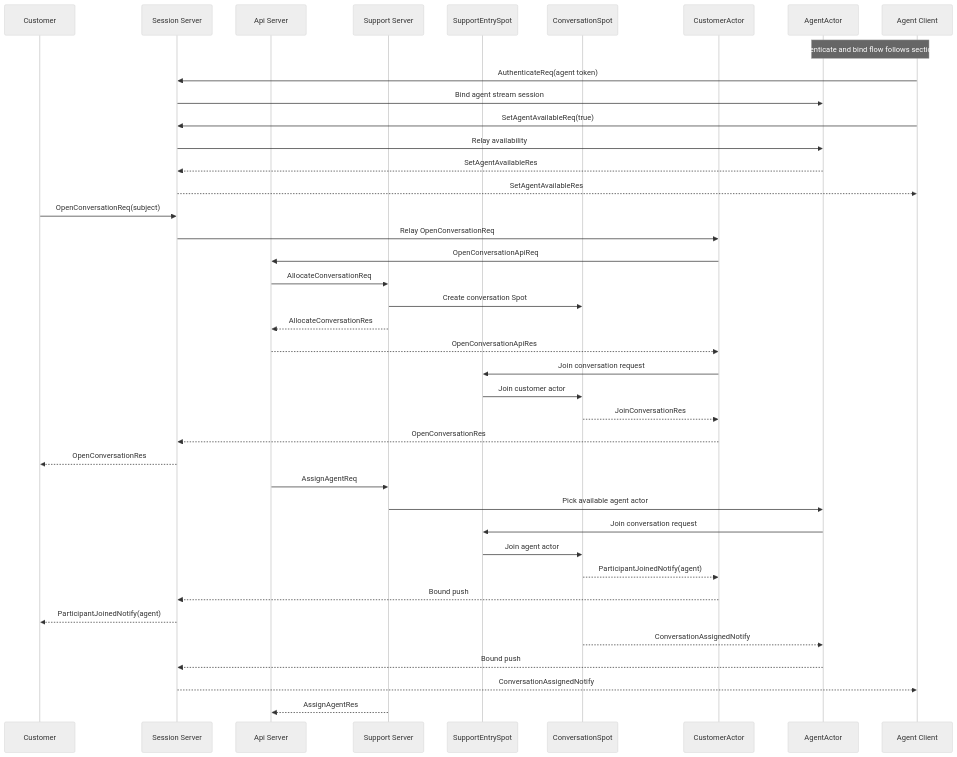
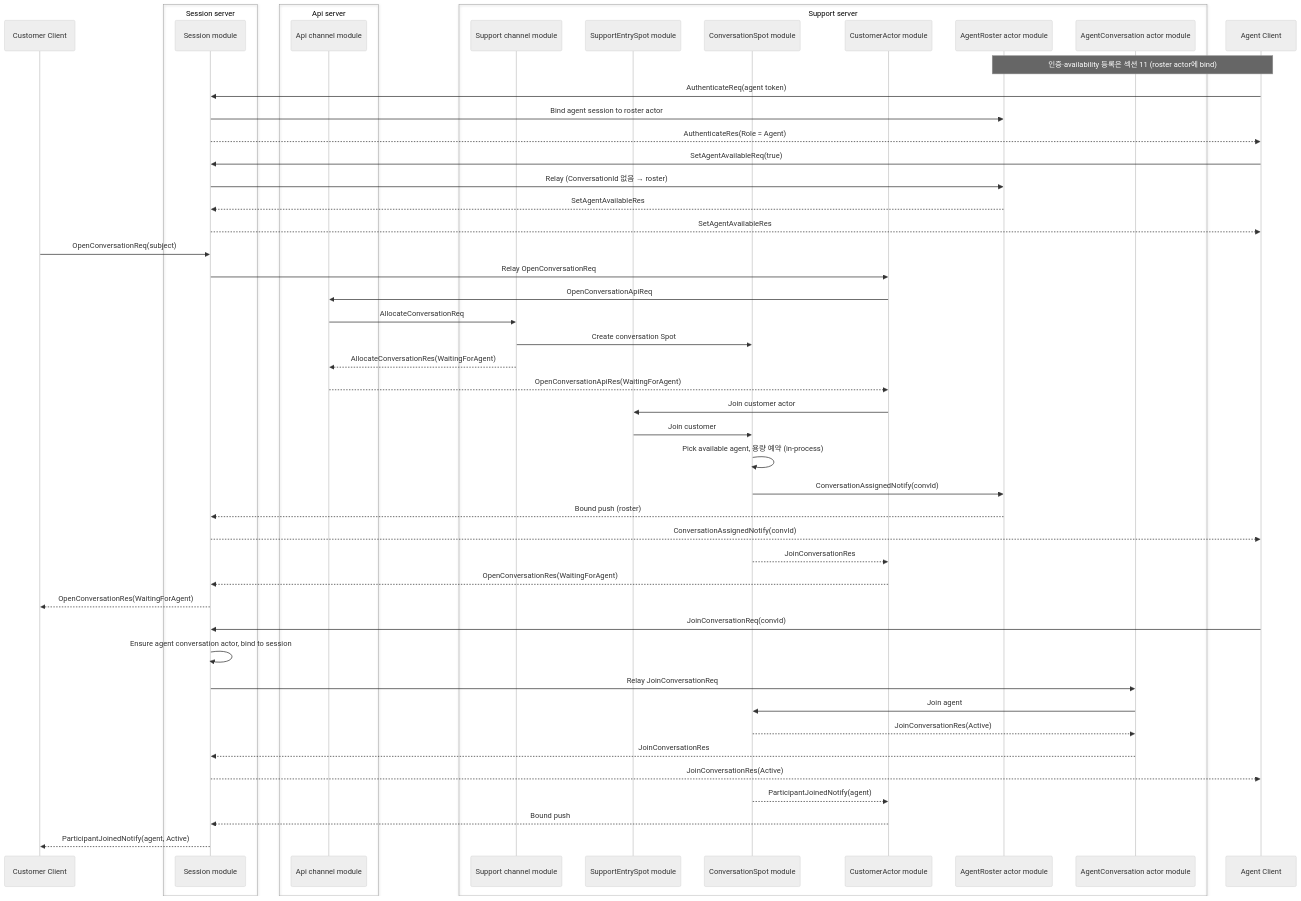
The third of 9 diagrams in framework/doc/framework/common/sample/supportchat/README.ko.md (kairos-code-dev/zlink), drawn with Mermaid (neutral theme) before and after one commit. The commit also changed other lines of this file and 182 other files, not shown here.

````diff
--- a/framework/doc/framework/common/sample/supportchat/README.ko.md
+++ b/framework/doc/framework/common/sample/supportchat/README.ko.md
@@ -570,44 +648,60 @@
 ```mermaid
 sequenceDiagram
-    participant C as Customer
-    participant S as Session Server
-    participant API as Api Server
-    participant SUP as Support Server
-    participant E as SupportEntrySpot
-    participant R as ConversationSpot
-    participant CA as CustomerActor
-    participant AA as AgentActor
+    participant C as Customer Client
+
+    box Session server
+        participant S as Session module
+    end
+
+    box Api server
+        participant API as Api channel module
+    end
+
+    box Support server
+        participant SUP as Support channel module
+        participant E as SupportEntrySpot module
+        participant R as ConversationSpot module
+        participant CA as CustomerActor module
+        participant AR as AgentRoster actor module
+        participant AConv as AgentConversation actor module
+    end
+
     participant A as Agent Client
 
-    Note over A,AA: Authenticate and bind flow follows section 11
+    Note over A,AR: 인증·availability 등록은 섹션 11 (roster actor에 bind)
     A->>S: AuthenticateReq(agent token)
-    S->>AA: Bind agent stream session
+    S->>AR: Bind agent session to roster actor
+    S-->>A: AuthenticateRes(Role = Agent)
     A->>S: SetAgentAvailableReq(true)
-    S->>AA: Relay availability
-    AA-->>S: SetAgentAvailableRes
+    S->>AR: Relay (ConversationId 없음 → roster)
+    AR-->>S: SetAgentAvailableRes
     S-->>A: SetAgentAvailableRes
 
     C->>S: OpenConversationReq(subject)
     S->>CA: Relay OpenConversationReq
     CA->>API: OpenConversationApiReq
     API->>SUP: AllocateConversationReq
     SUP->>R: Create conversation Spot
-    SUP-->>API: AllocateConversationRes
-    API-->>CA: OpenConversationApiRes
-    CA->>E: Join conversation request
-    E->>R: Join customer actor
+    SUP-->>API: AllocateConversationRes(WaitingForAgent)
+    API-->>CA: OpenConversationApiRes(WaitingForAgent)
+    CA->>E: Join customer actor
+    E->>R: Join customer
+    R->>R: Pick available agent, 용량 예약 (in-process)
+    R->>AR: ConversationAssignedNotify(convId)
+    AR-->>S: Bound push (roster)
+    S-->>A: ConversationAssignedNotify(convId)
     R-->>CA: JoinConversationRes
-    CA-->>S: OpenConversationRes
-    S-->>C: OpenConversationRes
-    API->>SUP: AssignAgentReq
-    SUP->>AA: Pick available agent actor
-    AA->>E: Join conversation request
-    E->>R: Join agent actor
+    CA-->>S: OpenConversationRes(WaitingForAgent)
+    S-->>C: OpenConversationRes(WaitingForAgent)
+
+    A->>S: JoinConversationReq(convId)
+    S->>S: Ensure agent conversation actor, bind to session
+    S->>AConv: Relay JoinConversationReq
+    AConv->>R: Join agent
+    R-->>AConv: JoinConversationRes(Active)
+    AConv-->>S: JoinConversationRes
+    S-->>A: JoinConversationRes(Active)
     R-->>CA: ParticipantJoinedNotify(agent)
     CA-->>S: Bound push
-    S-->>C: ParticipantJoinedNotify(agent)
-    R-->>AA: ConversationAssignedNotify
-    AA-->>S: Bound push
-    S-->>A: ConversationAssignedNotify
-    SUP-->>API: AssignAgentRes
+    S-->>C: ParticipantJoinedNotify(agent, Active)
 ```
````
